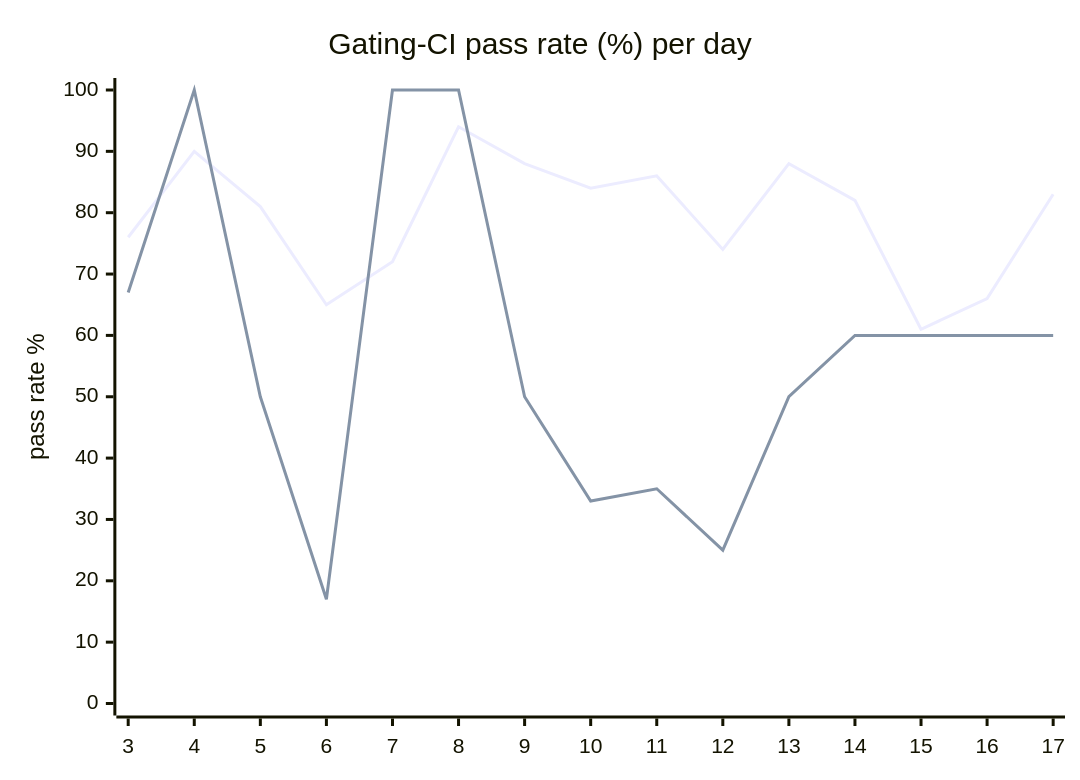
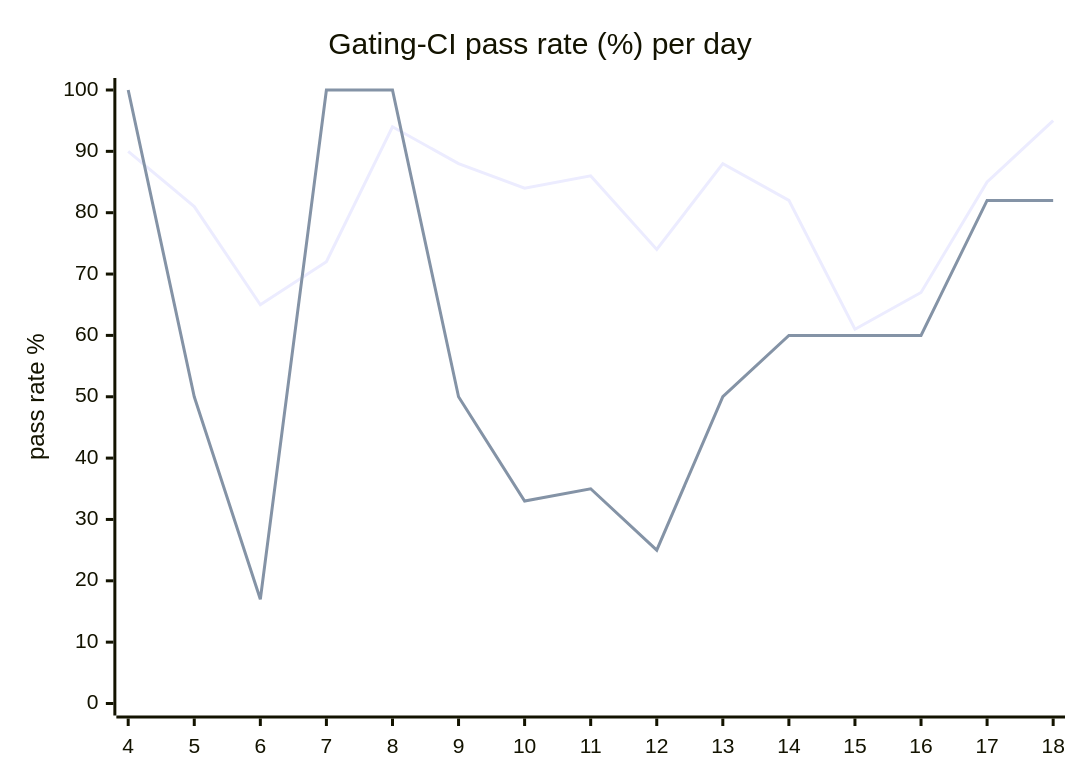
Before and after one commit to hatchet-dev/hatchet: the diagram in hack/ci/ci-dashboard/staging/issue.md, drawn with Mermaid. The commit also changed other lines of this file, not shown here.

````diff
--- a/hack/ci/ci-dashboard/staging/issue.md
+++ b/hack/ci/ci-dashboard/staging/issue.md
@@ -9,8 +9,8 @@
 ```mermaid
 xychart-beta
   title "Gating-CI pass rate (%) per day"
-  x-axis [3, 4, 5, 6, 7, 8, 9, 10, 11, 12, 13, 14, 15, 16, 17]
+  x-axis [4, 5, 6, 7, 8, 9, 10, 11, 12, 13, 14, 15, 16, 17, 18]
   y-axis "pass rate %" 0 --> 100
-  line "CI" [76, 90, 81, 65, 72, 94, 88, 84, 86, 74, 88, 82, 61, 66, 83]
-  line "main" [67, 100, 50, 17, 100, 100, 50, 33, 35, 25, 50, 60, 60, 60, 60]
+  line "CI" [90, 81, 65, 72, 94, 88, 84, 86, 74, 88, 82, 61, 67, 85, 95]
+  line "main" [100, 50, 17, 100, 100, 50, 33, 35, 25, 50, 60, 60, 60, 82, 82]
 ```
````
